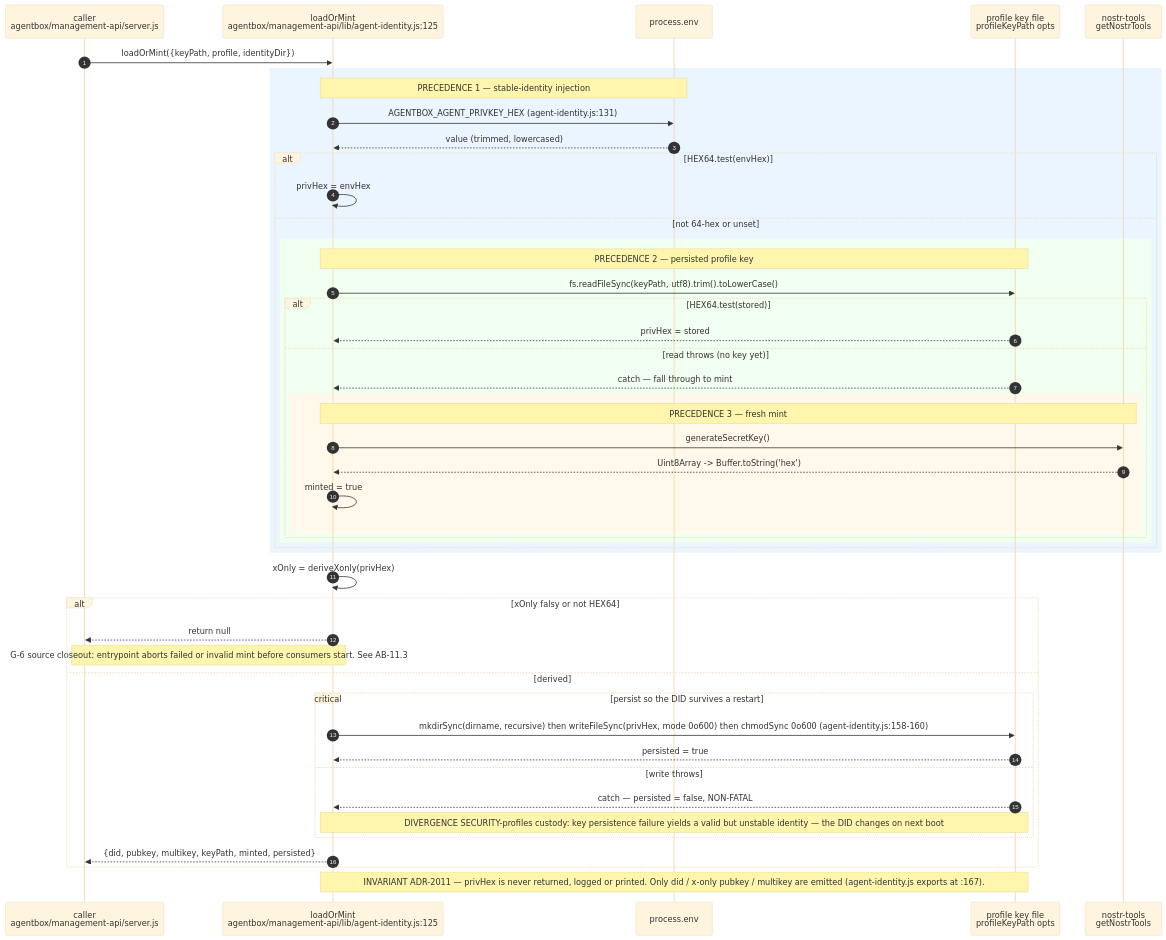
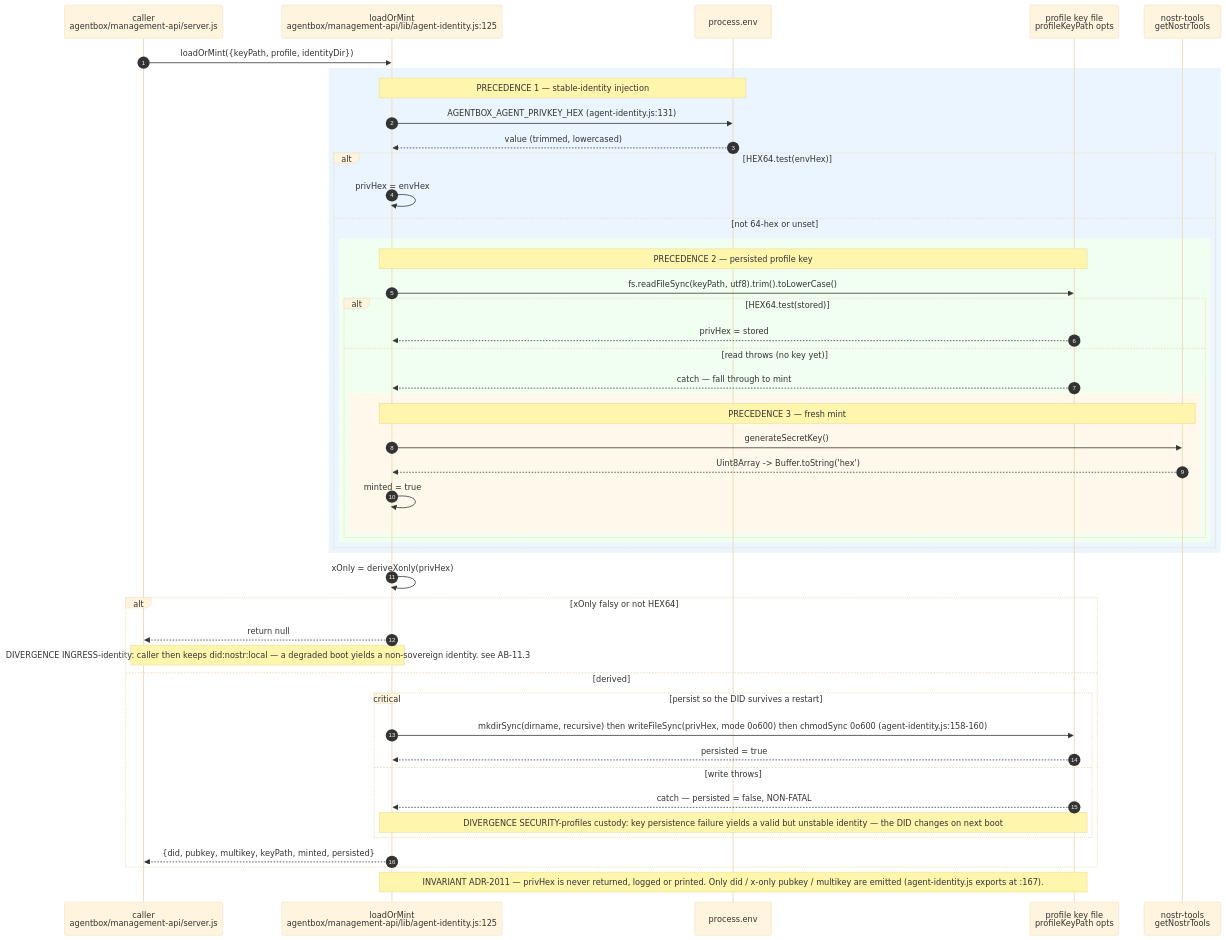
One commit to DreamLab-AI/VisionFlow changed the second of 16 diagrams in docs/diagrams/agentbox/11-identity-did-mandate-authority.md. Above: the diagram before and after it, drawn with Mermaid (base theme). The commit also changed other lines of this file and 52 other files, not shown here.

First line of the commit message:
docs(diagrams): wave 3 checkpoint — bare line refs resolved, revision-pinned cite-check, VC-05/AB-01..13 re-attested

````diff
--- a/docs/diagrams/agentbox/11-identity-did-mandate-authority.md
+++ b/docs/diagrams/agentbox/11-identity-did-mandate-authority.md
@@ -94,50 +97,50 @@
 ```mermaid
 sequenceDiagram
     autonumber
     participant CALLER as caller<br/>agentbox/management-api/server.js
     participant AI as loadOrMint<br/>agentbox/management-api/lib/agent-identity.js:125
     participant ENV as process.env
     participant FS as profile key file<br/>profileKeyPath opts
     participant NT as nostr-tools<br/>getNostrTools
 
     CALLER->>AI: loadOrMint({keyPath, profile, identityDir})
     rect rgb(235,245,255)
     Note over AI,ENV: PRECEDENCE 1 — stable-identity injection
     AI->>ENV: AGENTBOX_AGENT_PRIVKEY_HEX (agent-identity.js:131)
     ENV-->>AI: value (trimmed, lowercased)
     alt HEX64.test(envHex)
         AI->>AI: privHex = envHex
     else not 64-hex or unset
         rect rgb(240,255,240)
         Note over AI,FS: PRECEDENCE 2 — persisted profile key
         AI->>FS: fs.readFileSync(keyPath, utf8).trim().toLowerCase()
         alt HEX64.test(stored)
             FS-->>AI: privHex = stored
         else read throws (no key yet)
             FS-->>AI: catch — fall through to mint
             rect rgb(255,248,235)
             Note over AI,NT: PRECEDENCE 3 — fresh mint
             AI->>NT: generateSecretKey()
             NT-->>AI: Uint8Array -> Buffer.toString('hex')
             AI->>AI: minted = true
             end
         end
         end
     end
     end
     AI->>AI: xOnly = deriveXonly(privHex)
     alt xOnly falsy or not HEX64
         AI-->>CALLER: return null
-        Note over AI,CALLER: G-6 source closeout: entrypoint aborts failed or invalid mint before consumers start. See AB-11.3
+        Note over AI,CALLER: DIVERGENCE INGRESS-identity: caller then keeps did:nostr:local — a degraded boot yields a non-sovereign identity. see AB-11.3
     else derived
         critical persist so the DID survives a restart
             AI->>FS: mkdirSync(dirname, recursive) then writeFileSync(privHex, mode 0o600) then chmodSync 0o600 (agent-identity.js:158-160)
             FS-->>AI: persisted = true
         option write throws
             FS-->>AI: catch — persisted = false, NON-FATAL
             Note over AI,FS: DIVERGENCE SECURITY-profiles custody: key persistence failure yields a valid but unstable identity — the DID changes on next boot
         end
         AI-->>CALLER: {did, pubkey, multikey, keyPath, minted, persisted}
     end
     Note over AI,FS: INVARIANT ADR-2011 — privHex is never returned, logged or printed. Only did / x-only pubkey / multikey are emitted (agent-identity.js exports at :167).
 ```
````
